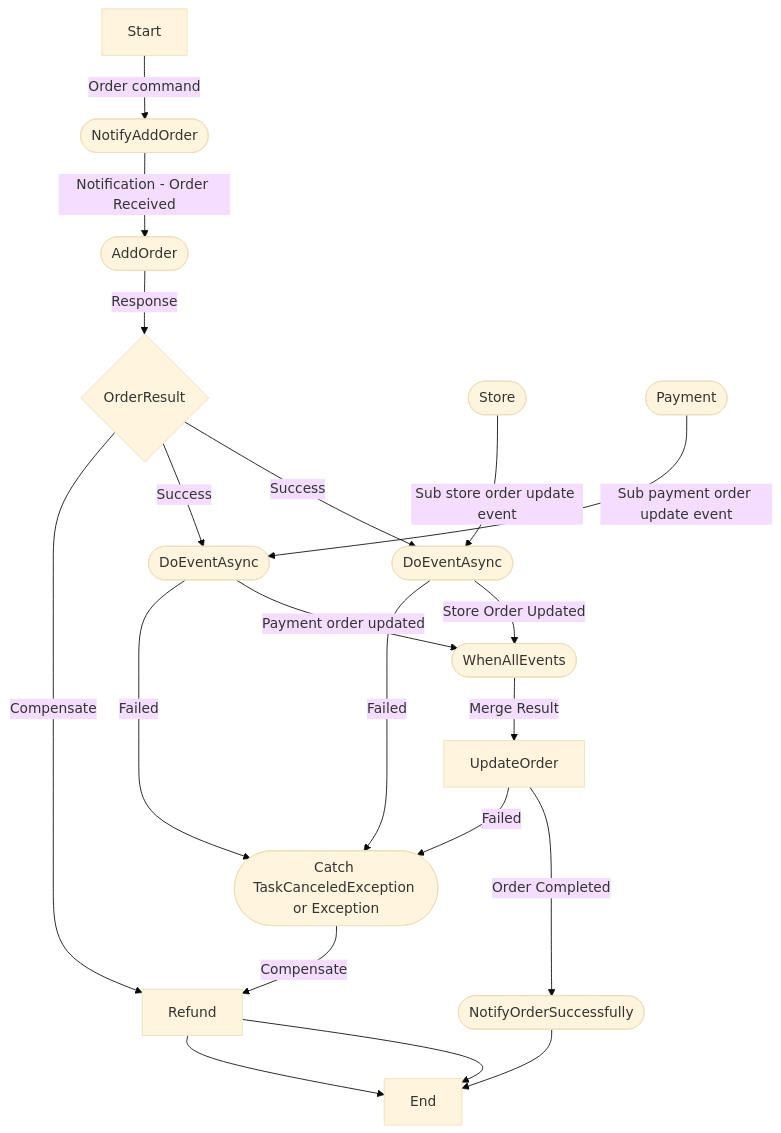
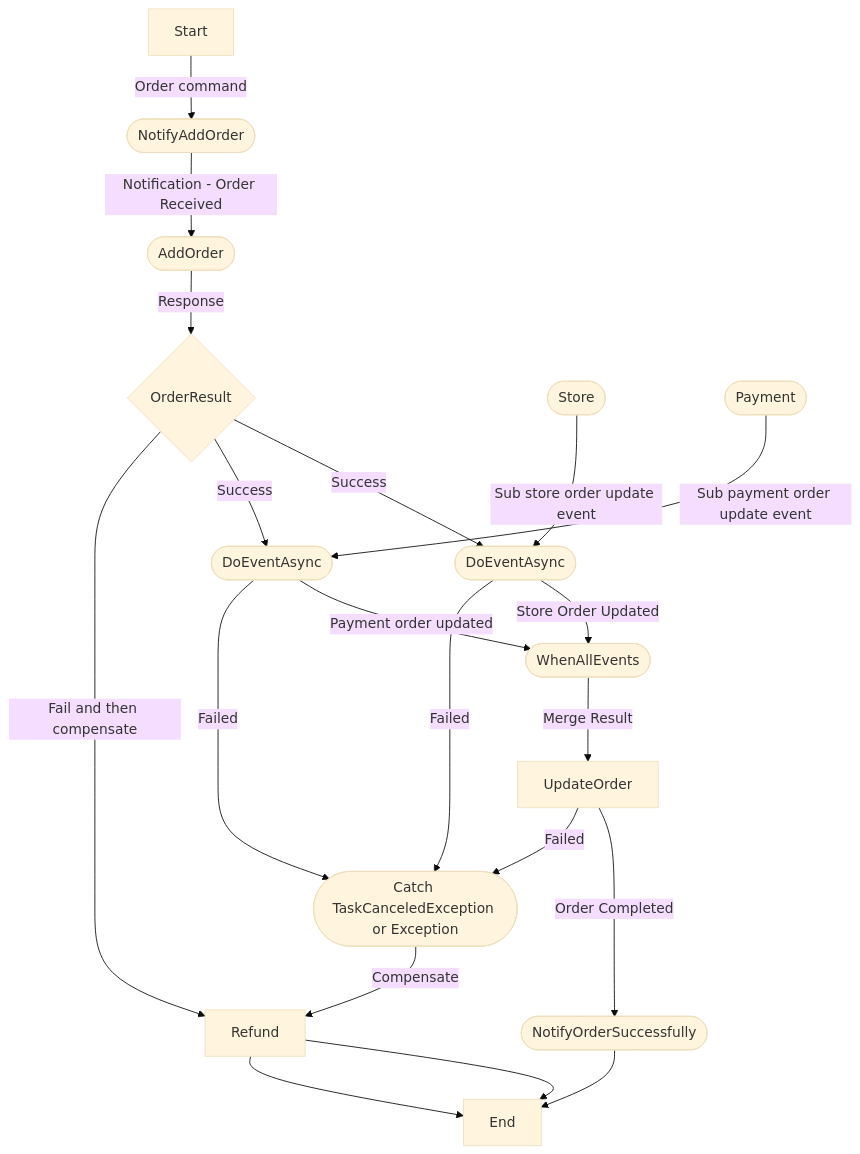
Before and after one commit to luuthuong/e-shop-microservices: the diagram in README.md, drawn with Mermaid (base theme).

````diff
--- a/README.md
+++ b/README.md
@@ -7,34 +7,34 @@
 ```mermaid
 graph TB
 	A[Start]
     A1([NotifyAddOrder])
     B([AddOrder])
     C{OrderResult}
     
     STORE([Store])
     PAYMENT([Payment])
     D([DoEventAsync])
     E([DoEventAsync])
     F([WhenAllEvents])
     G[UpdateOrder]
     G1([NotifyOrderSuccessfully])
     Exception([Catch TaskCanceledException or Exception])
     H[Refund]
     I[End]
 
     A --> |"Order command"| A1
     A1 --> |"Notification - Order Received"| B
     B --> |"Response"| C
     C --> |"Success"| D -->|"Store Order Updated"| F
     STORE --> |"Sub store order update event"| D
     C --> |"Success"| E -->|"Payment order updated"| F
     PAYMENT --> |"Sub payment order update event"| E
     F --> |"Merge Result"| G --> |"Order Completed"| G1
-    C --> |"Compensate"| H
+    C --> |"Fail and then compensate"| H
     D --> |"Failed"| Exception 
     E --> |"Failed"| Exception 
     G --> |"Failed"| Exception 
 	Exception --> |"Compensate"| H --> I
     G1 --> I
     H --> I
 ```
````
